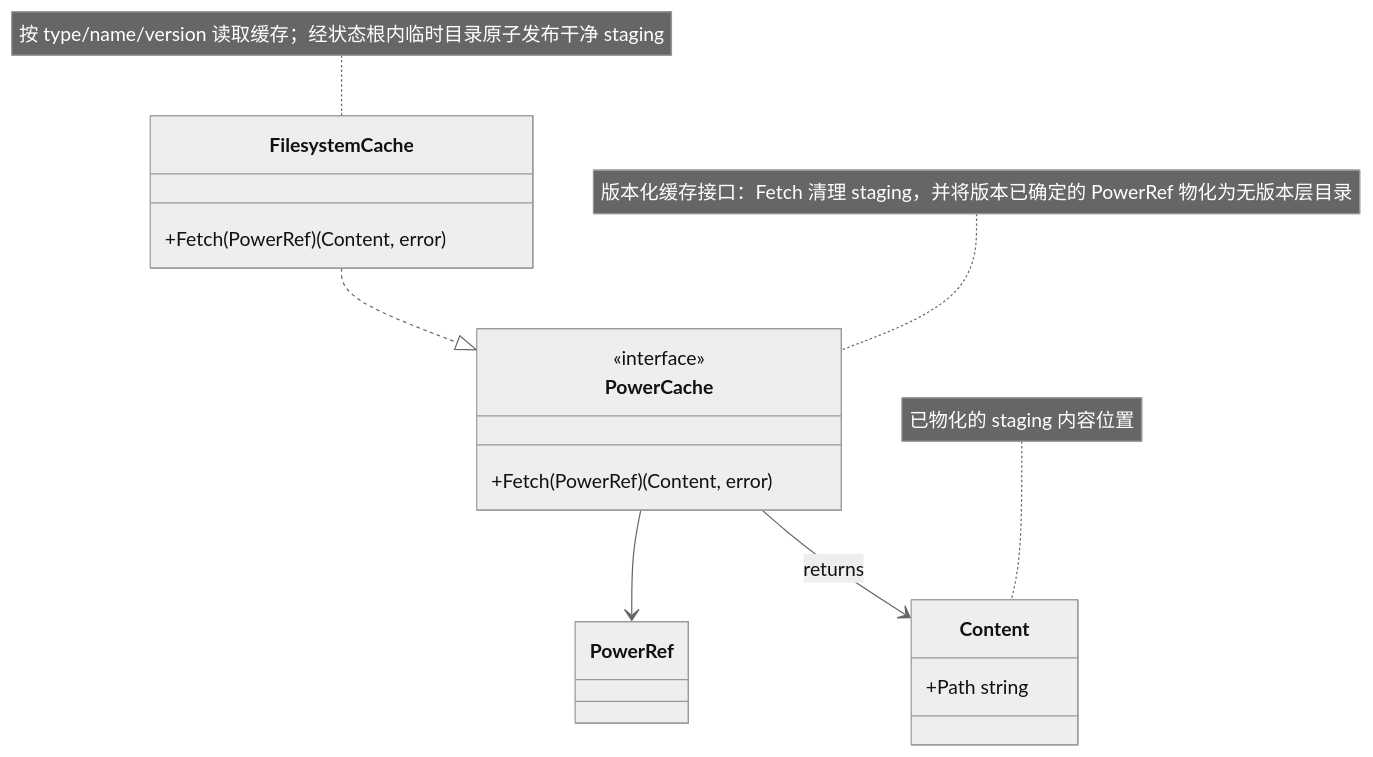
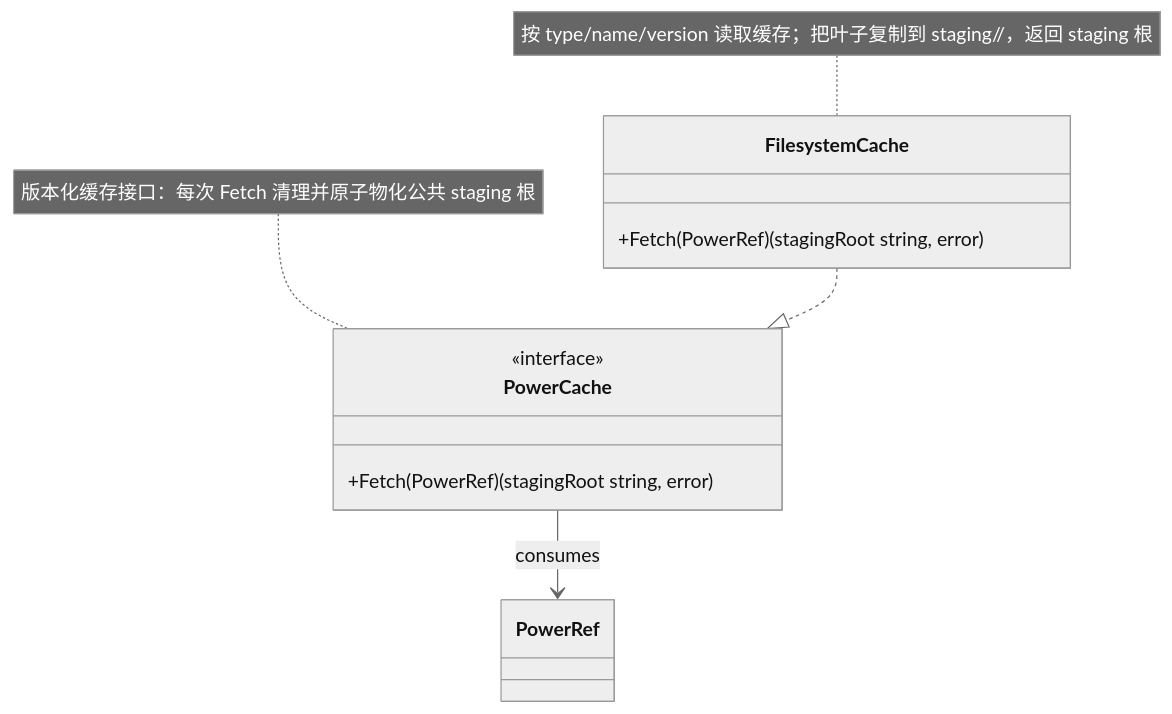
One commit to spacemit-com/agent-power-manager changed the diagram in ivory-tower/c4/components/apm-cli-diagrams/cache-manager.mmd. Above: the diagram before and after it, drawn with Mermaid (neutral theme). The commit also changed 29 other files, not shown here.

```diff
--- a/ivory-tower/c4/components/apm-cli-diagrams/cache-manager.mmd
+++ b/ivory-tower/c4/components/apm-cli-diagrams/cache-manager.mmd
@@ -1,20 +1,14 @@
 classDiagram
-    note for PowerCache "版本化缓存接口：Fetch 清理 staging，并将版本已确定的 PowerRef 物化为无版本层目录"
+    note for PowerCache "版本化缓存接口：每次 Fetch 清理并原子物化公共 staging 根"
     class PowerCache {
         <<interface>>
-        +Fetch(PowerRef) (Content, error)
+        +Fetch(PowerRef) (stagingRoot string, error)
     }
 
-    note for Content "已物化的 staging 内容位置"
-    class Content {
-        +Path string
-    }
-
-    note for FilesystemCache "按 type/name/version 读取缓存；经状态根内临时目录原子发布干净 staging"
+    note for FilesystemCache "按 type/name/version 读取缓存；把叶子复制到 staging/<type-directory>/<name>，返回 staging 根"
     class FilesystemCache {
-        +Fetch(PowerRef) (Content, error)
+        +Fetch(PowerRef) (stagingRoot string, error)
     }
 
     FilesystemCache ..|> PowerCache
-    PowerCache --> PowerRef
-    PowerCache --> Content : returns
+    PowerCache --> PowerRef : consumes
```
